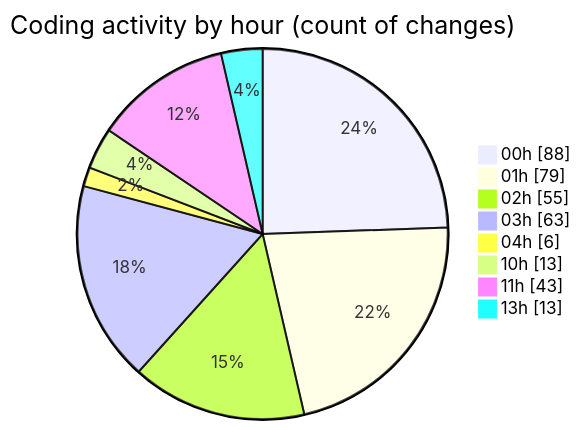
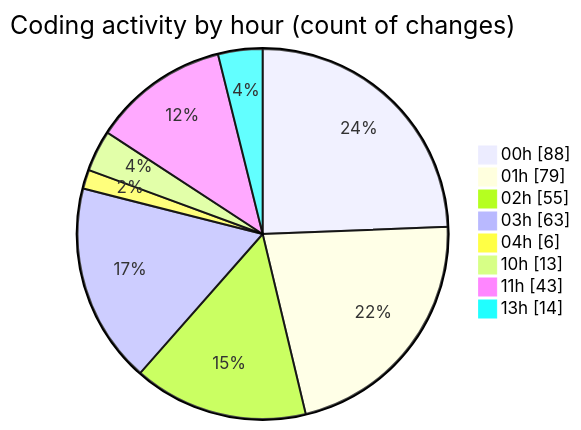
One commit to lephambinh05/code-tracking changed the second of 2 diagrams in 2025-08-16/rentotp/README.md. Above: the diagram before and after it, drawn with Mermaid. The commit also changed other lines of this file and 1 other file, not shown here.

````diff
--- a/2025-08-16/rentotp/README.md
+++ b/2025-08-16/rentotp/README.md
@@ -83,12 +83,12 @@
 ```mermaid
 pie showData
 title Coding activity by hour (count of changes)
 "00h" : 88
 "01h" : 79
 "02h" : 55
 "03h" : 63
 "04h" : 6
 "10h" : 13
 "11h" : 43
-"13h" : 13
+"13h" : 14
 ```
````
